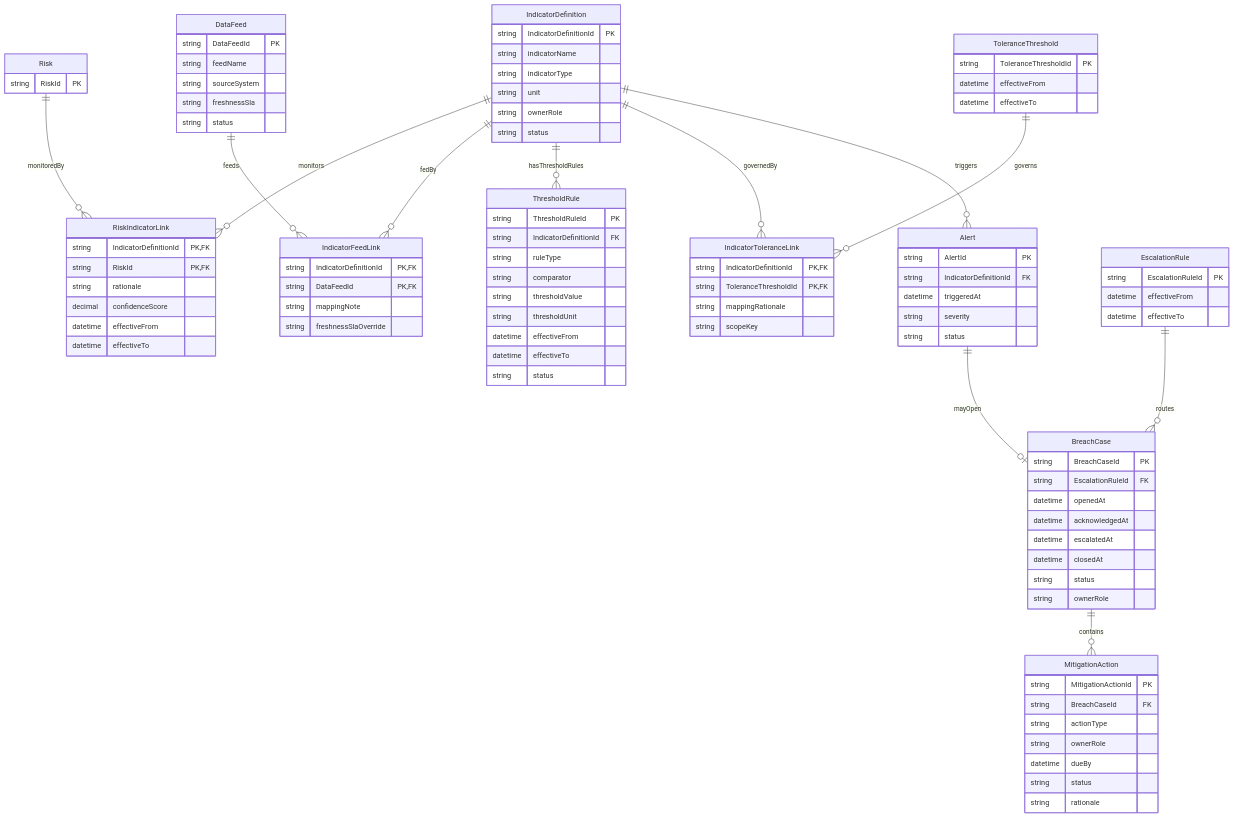
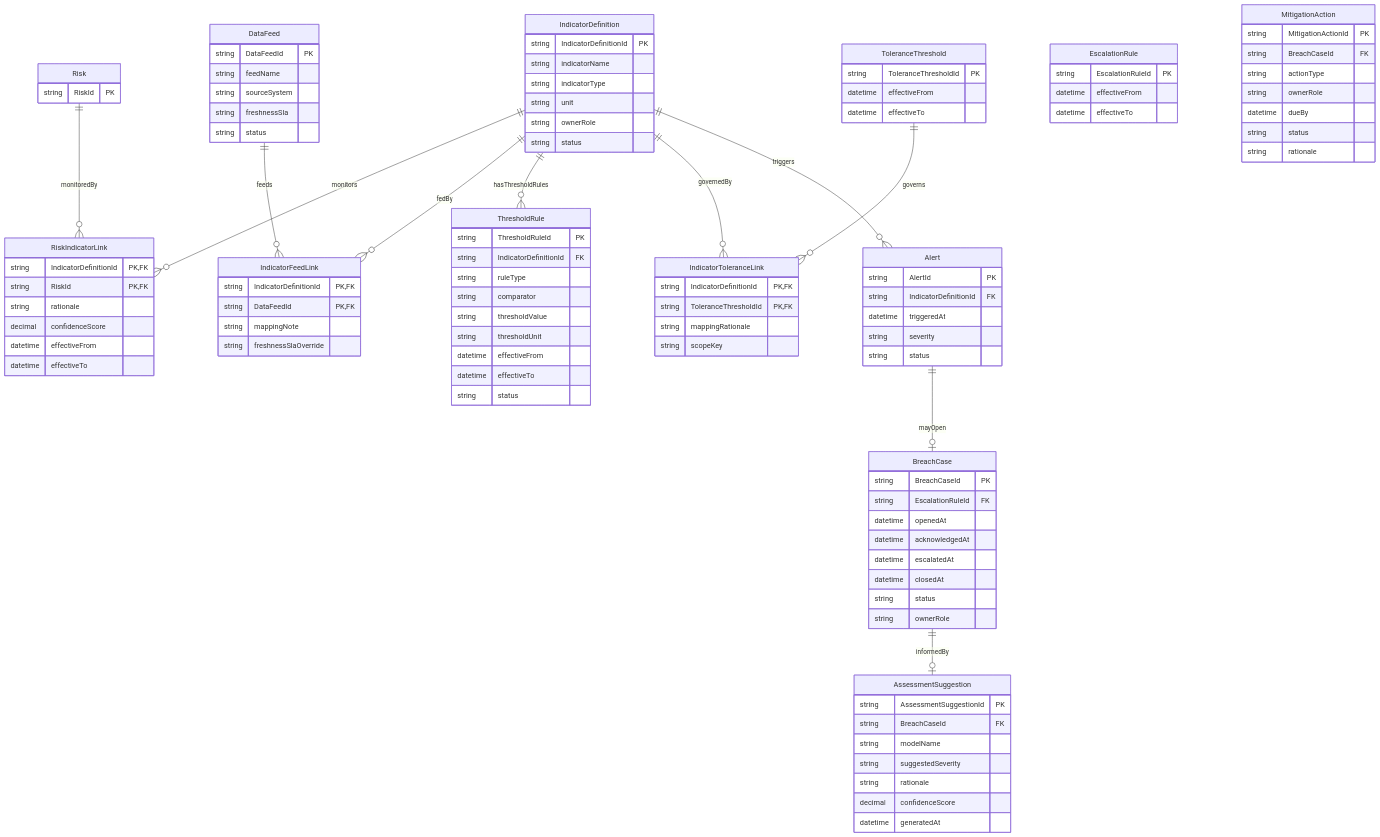
One commit to Domtellis/erm-platform changed the diagram in content/core/models/07-risk-monitoring/logical-ER.mmd. Above: the diagram before and after it, drawn with Mermaid. The commit also changed 158 other files, not shown here.

```diff
--- a/content/core/models/07-risk-monitoring/logical-ER.mmd
+++ b/content/core/models/07-risk-monitoring/logical-ER.mmd
@@ -1,114 +1,122 @@
 erDiagram
   IndicatorDefinition ||--o{ RiskIndicatorLink : monitors
   Risk ||--o{ RiskIndicatorLink : monitoredBy
 
   IndicatorDefinition ||--o{ IndicatorFeedLink : fedBy
   DataFeed ||--o{ IndicatorFeedLink : feeds
 
   IndicatorDefinition ||--o{ ThresholdRule : hasThresholdRules
 
   IndicatorDefinition ||--o{ IndicatorToleranceLink : governedBy
   ToleranceThreshold ||--o{ IndicatorToleranceLink : governs
 
   IndicatorDefinition ||--o{ Alert : triggers
   Alert ||--o| BreachCase : mayOpen
-
-  EscalationRule ||--o{ BreachCase : routes
-  BreachCase ||--o{ MitigationAction : contains
+  BreachCase ||--o| AssessmentSuggestion : informedBy
 
   IndicatorDefinition {
     string IndicatorDefinitionId PK
     string indicatorName
     string indicatorType
     string unit
     string ownerRole
     string status
   }
 
   Risk {
     string RiskId PK
   }
 
   RiskIndicatorLink {
     string IndicatorDefinitionId PK, FK
     string RiskId PK, FK
     string rationale
     decimal confidenceScore
     datetime effectiveFrom
     datetime effectiveTo
   }
 
   DataFeed {
     string DataFeedId PK
     string feedName
     string sourceSystem
     string freshnessSla
     string status
   }
 
   IndicatorFeedLink {
     string IndicatorDefinitionId PK, FK
     string DataFeedId PK, FK
     string mappingNote
     string freshnessSlaOverride
   }
 
   ThresholdRule {
     string ThresholdRuleId PK
     string IndicatorDefinitionId FK
     string ruleType
     string comparator
     string thresholdValue
     string thresholdUnit
     datetime effectiveFrom
     datetime effectiveTo
     string status
   }
 
   ToleranceThreshold {
     string ToleranceThresholdId PK
     datetime effectiveFrom
     datetime effectiveTo
   }
 
   IndicatorToleranceLink {
     string IndicatorDefinitionId PK, FK
     string ToleranceThresholdId PK, FK
     string mappingRationale
     string scopeKey
   }
 
   Alert {
     string AlertId PK
     string IndicatorDefinitionId FK
     datetime triggeredAt
     string severity
     string status
   }
 
   BreachCase {
     string BreachCaseId PK
     string EscalationRuleId FK
     datetime openedAt
     datetime acknowledgedAt
     datetime escalatedAt
     datetime closedAt
     string status
     string ownerRole
   }
 
+  AssessmentSuggestion {
+    string AssessmentSuggestionId PK
+    string BreachCaseId FK
+    string modelName
+    string suggestedSeverity
+    string rationale
+    decimal confidenceScore
+    datetime generatedAt
+  }
+
   EscalationRule {
     string EscalationRuleId PK
     datetime effectiveFrom
     datetime effectiveTo
   }
 
   MitigationAction {
     string MitigationActionId PK
     string BreachCaseId FK
     string actionType
     string ownerRole
     datetime dueBy
     string status
     string rationale
   }
```
